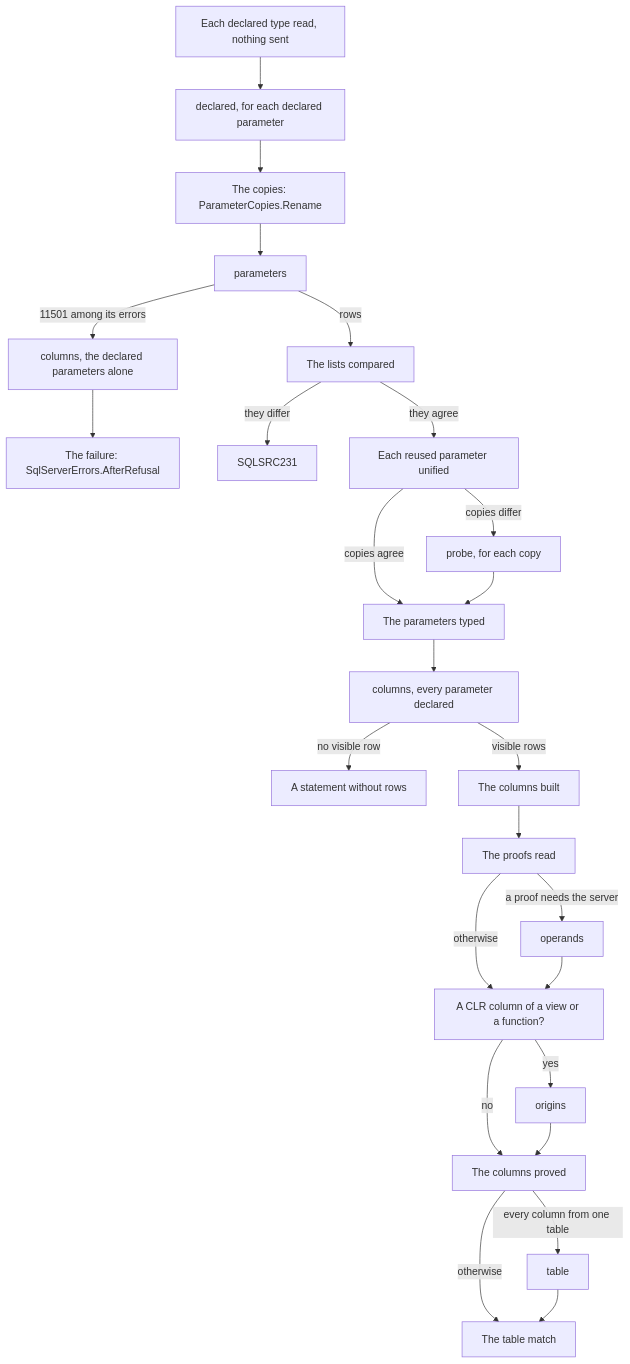
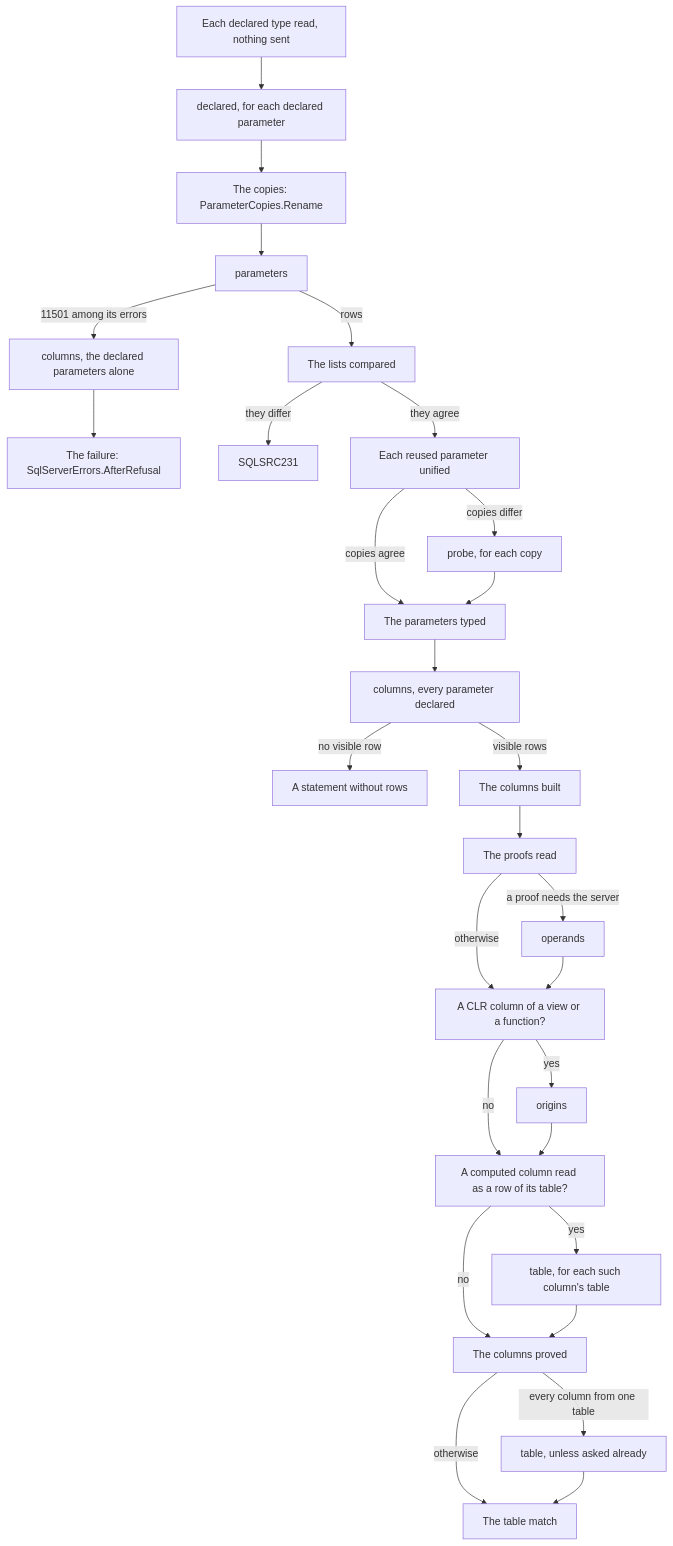
The diagram in docs/architecture/sqlserver-describer.md (mbcrawfo/SqlSource), drawn with Mermaid before and after one commit. The commit also changed other lines of this file and 15 other files, not shown here.

````diff
--- a/docs/architecture/sqlserver-describer.md
+++ b/docs/architecture/sqlserver-describer.md
@@ -111,27 +111,30 @@
 ```mermaid
 flowchart TD
     read["Each declared type read, nothing sent"] --> declared["declared, for each declared parameter"]
     declared --> rename["The copies: ParameterCopies.Rename"]
     rename --> parameters
     parameters -->|"11501 among its errors"| refusal["columns, the declared parameters alone"]
     refusal --> after["The failure: SqlServerErrors.AfterRefusal"]
     parameters -->|"rows"| lists["The lists compared"]
     lists -->|"they differ"| sqlsrc231["SQLSRC231"]
     lists -->|"they agree"| unify["Each reused parameter unified"]
     unify -->|"copies agree"| typed["The parameters typed"]
     unify -->|"copies differ"| probe["probe, for each copy"]
     probe --> typed
     typed --> columns["columns, every parameter declared"]
     columns -->|"no visible row"| none["A statement without rows"]
     columns -->|"visible rows"| built["The columns built"]
     built --> proofs["The proofs read"]
     proofs -->|"a proof needs the server"| operands
     proofs -->|"otherwise"| clr["A CLR column of a view or a function?"]
     operands --> clr
     clr -->|"yes"| origins
-    clr -->|"no"| proved["The columns proved"]
-    origins --> proved
-    proved -->|"every column from one table"| table
+    clr -->|"no"| computed["A computed column read as a row of its table?"]
+    origins --> computed
+    computed -->|"yes"| tables["table, for each such column's table"]
+    computed -->|"no"| proved["The columns proved"]
+    tables --> proved
+    proved -->|"every column from one table"| table["table, unless asked already"]
     proved -->|"otherwise"| match["The table match"]
     table --> match
 ```
````
